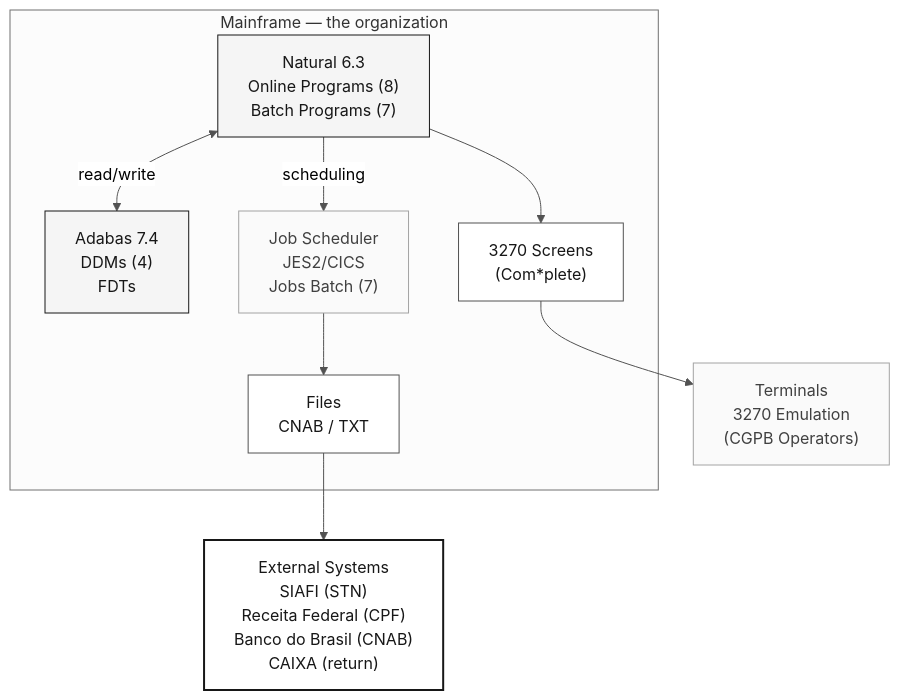
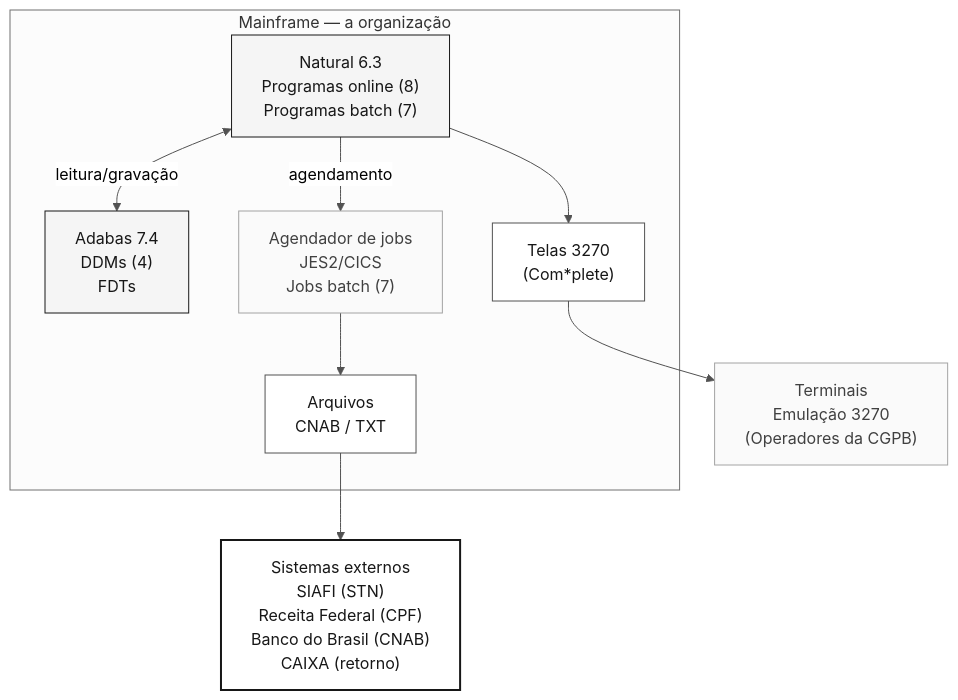
Before and after one commit to serpro-workshop-floripa/sifap-workshop-paula-00: the diagram in 01-archaeology/legacy-sifap/README.md, drawn with Mermaid. The commit also changed other lines of this file and 19 other files, not shown here.

````diff
--- a/01-archaeology/legacy-sifap/README.md
+++ b/01-archaeology/legacy-sifap/README.md
@@ -118,21 +122,21 @@
 ```mermaid
 %%{init: {'theme':'neutral','themeVariables':{'fontFamily':'ui-sans-serif, system-ui, sans-serif','primaryColor':'#F5F5F5','primaryTextColor':'#171717','primaryBorderColor':'#171717','lineColor':'#525252','secondaryColor':'#FFFFFF','tertiaryColor':'#FAFAFA','background':'#FFFFFF'}}}%%
 flowchart TB
     classDef step fill:#F5F5F5,stroke:#171717,color:#171717
     classDef alt fill:#FFFFFF,stroke:#525252,color:#171717
     classDef muted fill:#FAFAFA,stroke:#A3A3A3,color:#404040
     classDef result fill:#FFFFFF,stroke:#171717,color:#171717,stroke-width:2px
 
-    subgraph MF["Mainframe — the organization"]
-        NAT["Natural 6.3<br/>Online Programs (8)<br/>Batch Programs (7)"]:::step
+    subgraph MF["Mainframe — a organização"]
+        NAT["Natural 6.3<br/>Programas online (8)<br/>Programas batch (7)"]:::step
         ADA["Adabas 7.4<br/>DDMs (4)<br/>FDTs"]:::step
-        JES["Job Scheduler<br/>JES2/CICS<br/>Jobs Batch (7)"]:::muted
-        NAT <-->|"read/write"| ADA
-        NAT -->|"scheduling"| JES
-        NAT --> T3270["3270 Screens<br/>(Com*plete)"]:::alt
-        JES --> ARQ["Files<br/>CNAB / TXT"]:::alt
+        JES["Agendador de jobs<br/>JES2/CICS<br/>Jobs batch (7)"]:::muted
+        NAT <-->|"leitura/gravação"| ADA
+        NAT -->|"agendamento"| JES
+        NAT --> T3270["Telas 3270<br/>(Com*plete)"]:::alt
+        JES --> ARQ["Arquivos<br/>CNAB / TXT"]:::alt
     end
 
-    T3270 --> OP["Terminals<br/>3270 Emulation<br/>(CGPB Operators)"]:::muted
-    ARQ --> EXT["External Systems<br/>SIAFI (STN)<br/>Receita Federal (CPF)<br/>Banco do Brasil (CNAB)<br/>CAIXA (return)"]:::result
+    T3270 --> OP["Terminais<br/>Emulação 3270<br/>(Operadores da CGPB)"]:::muted
+    ARQ --> EXT["Sistemas externos<br/>SIAFI (STN)<br/>Receita Federal (CPF)<br/>Banco do Brasil (CNAB)<br/>CAIXA (retorno)"]:::result
 ```
````
